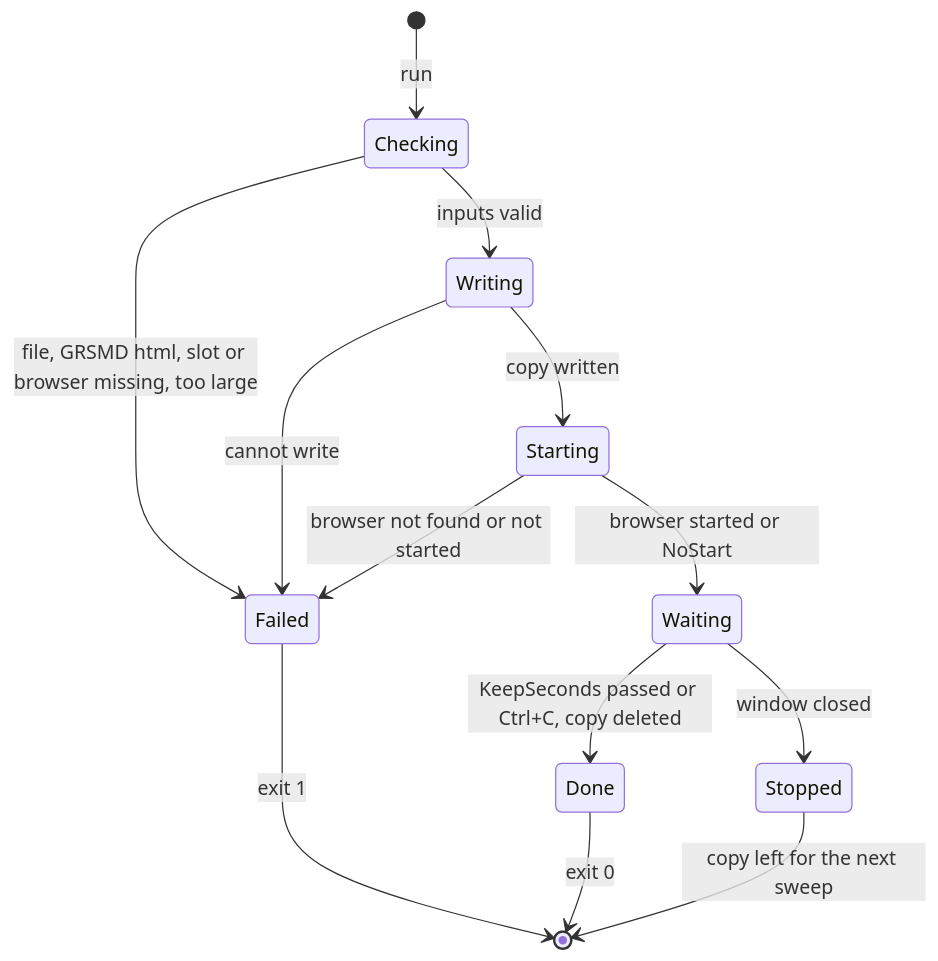
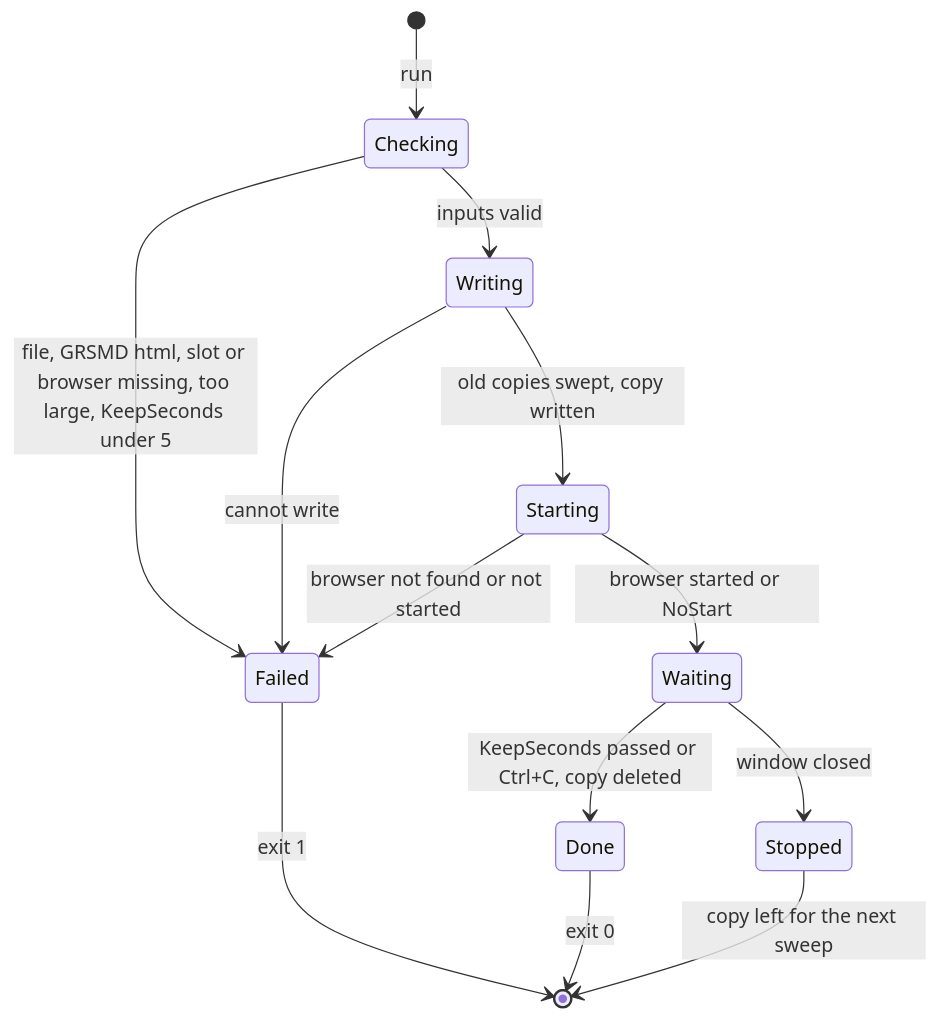
The third of 4 diagrams in spec/grsmd_launcher_spec_en.md (GoodRelax/gr-simple-md-renderer), drawn with Mermaid before and after one commit. The commit also changed other lines of this file and 9 other files, not shown here.

````diff
--- a/spec/grsmd_launcher_spec_en.md
+++ b/spec/grsmd_launcher_spec_en.md
@@ -245,15 +270,15 @@
 ```mermaid
 stateDiagram-v2
     [*] --> Checking : run
-    Checking --> Failed : file, GRSMD html, slot or browser missing, too large
+    Checking --> Failed : file, GRSMD html, slot or browser missing, too large, KeepSeconds under 5
     Checking --> Writing : inputs valid
     Writing --> Failed : cannot write
-    Writing --> Starting : copy written
+    Writing --> Starting : old copies swept, copy written
     Starting --> Failed : browser not found or not started
     Starting --> Waiting : browser started or NoStart
     Waiting --> Done : KeepSeconds passed or Ctrl+C, copy deleted
     Waiting --> Stopped : window closed
     Failed --> [*] : exit 1
     Done --> [*] : exit 0
     Stopped --> [*] : copy left for the next sweep
 ```
````
